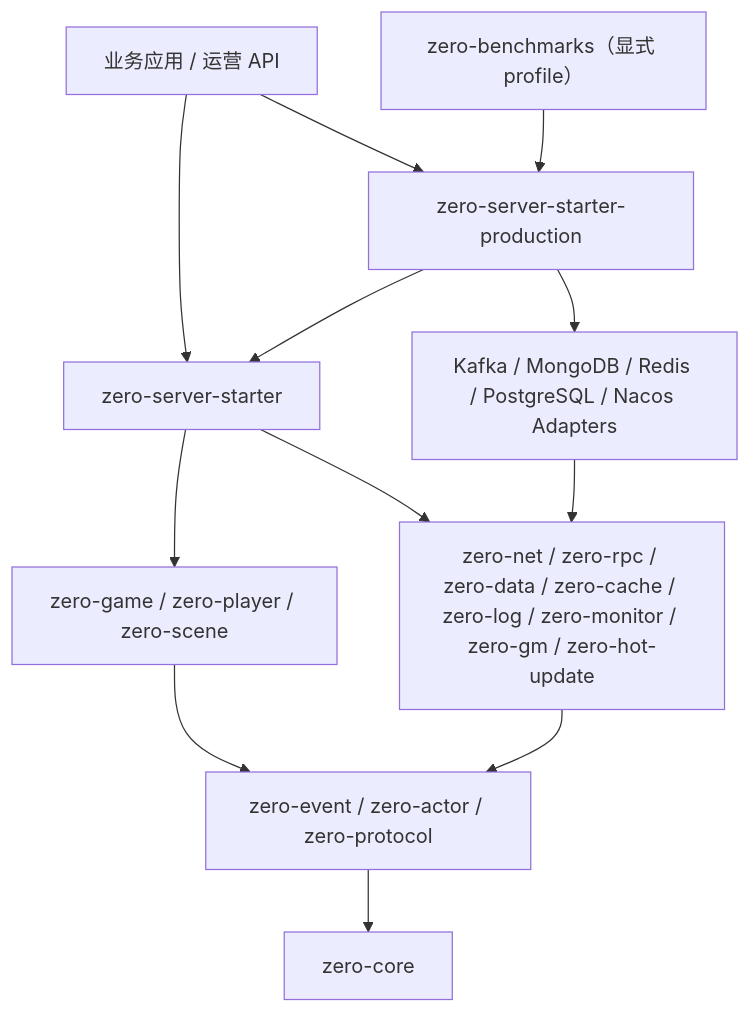
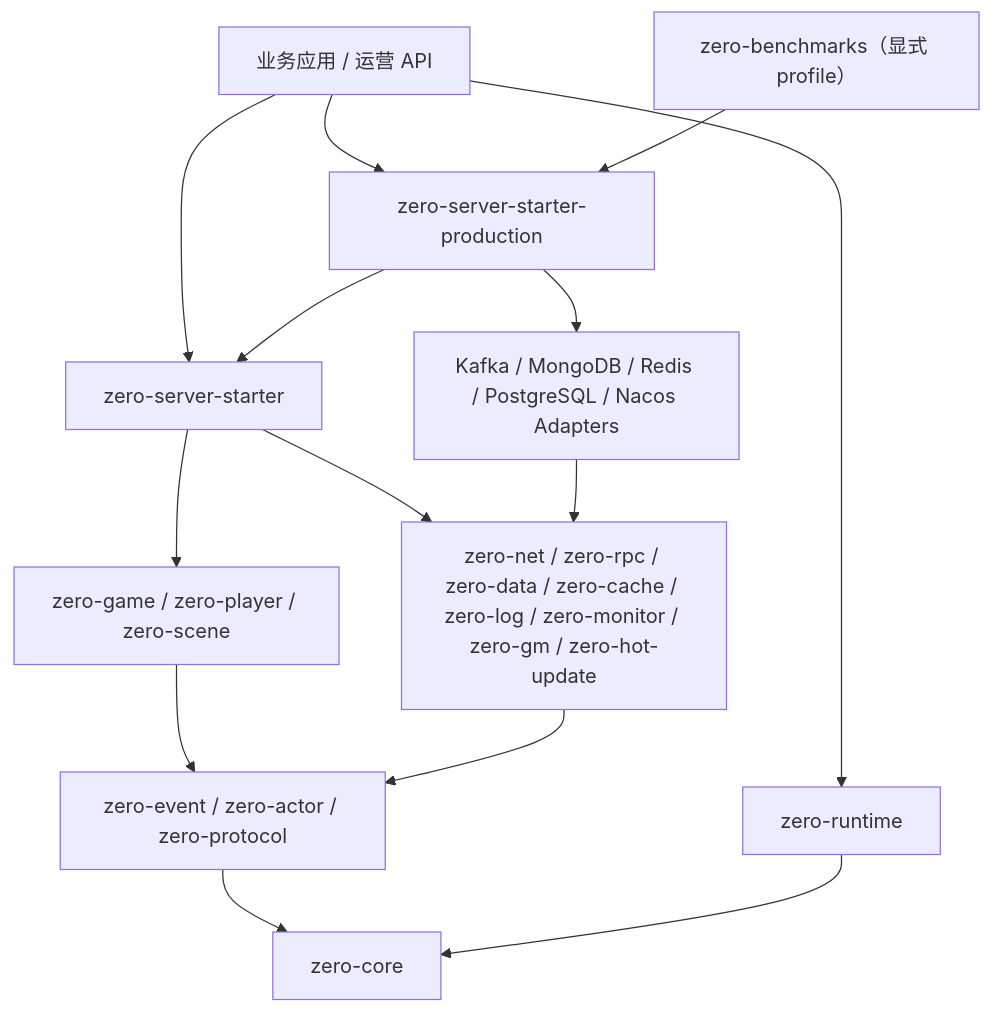
One commit to yixunfei/zero-server changed the diagram in docs/module-map.md. Above: the diagram before and after it, drawn with Mermaid. The commit also changed other lines of this file and 203 other files, not shown here.

````diff
--- a/docs/module-map.md
+++ b/docs/module-map.md
@@ -9,14 +9,16 @@
 ```mermaid
 flowchart TB
     APP["业务应用 / 运营 API"] --> STARTER["zero-server-starter"]
     APP --> PROD["zero-server-starter-production"]
+    APP --> RUNTIME["zero-runtime"]
     PROD --> STARTER
     PROD --> ADAPTERS["Kafka / MongoDB / Redis / PostgreSQL / Nacos Adapters"]
     STARTER --> GAME["zero-game / zero-player / zero-scene"]
     STARTER --> INFRA["zero-net / zero-rpc / zero-data / zero-cache / zero-log / zero-monitor / zero-gm / zero-hot-update"]
     ADAPTERS --> INFRA
     GAME --> FOUNDATION["zero-event / zero-actor / zero-protocol"]
     INFRA --> FOUNDATION
     FOUNDATION --> CORE["zero-core"]
+    RUNTIME --> CORE
     BENCH["zero-benchmarks（显式 profile）"] --> PROD
 ```
````
